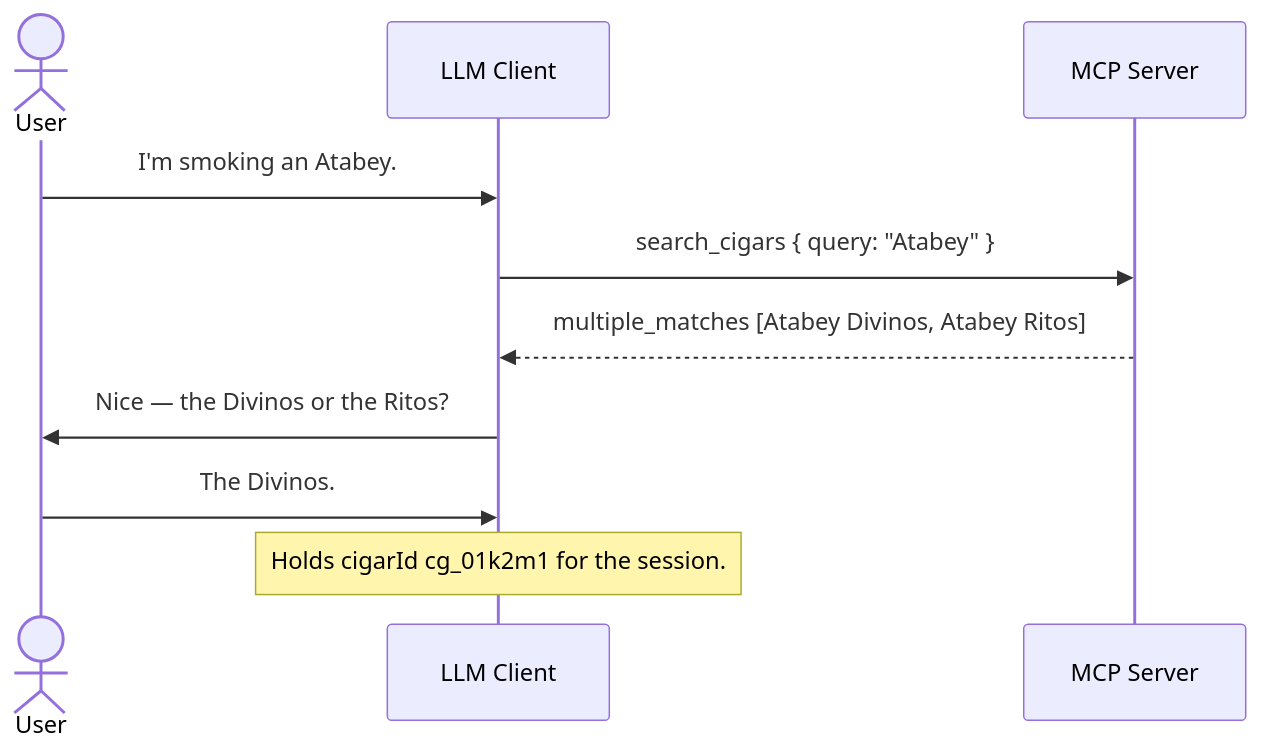
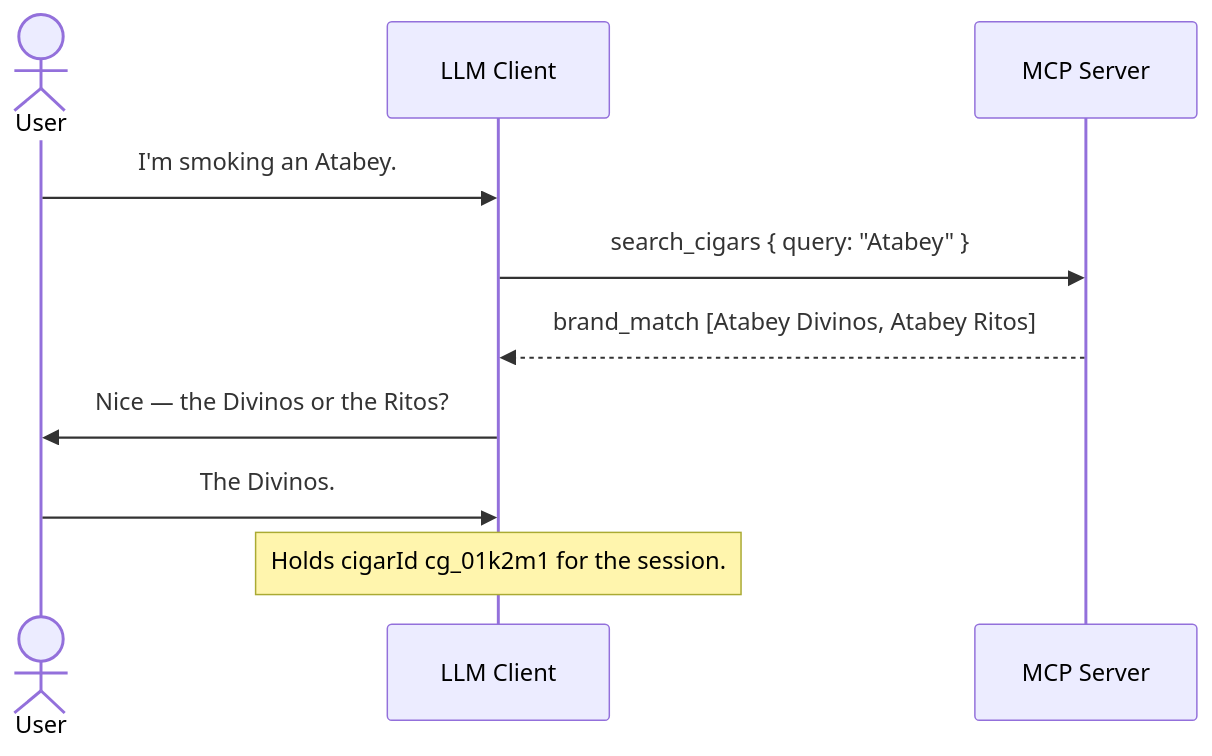
Before and after one commit to thaynes43/cigar-journal: the diagram in docs/flows/002-cigar-resolution.md, drawn with Mermaid. The commit also changed other lines of this file and 6 other files, not shown here.

First line of the commit message:
docs(mcp): self-document schema fields, guidance, and server instructions

````diff
--- a/docs/flows/002-cigar-resolution.md
+++ b/docs/flows/002-cigar-resolution.md
@@ -21,12 +25,12 @@
 ```mermaid
 sequenceDiagram
     actor U as User
     participant C as LLM Client
     participant M as MCP Server
     U->>C: I'm smoking an Atabey.
     C->>M: search_cigars { query: "Atabey" }
-    M-->>C: multiple_matches [Atabey Divinos, Atabey Ritos]
+    M-->>C: brand_match [Atabey Divinos, Atabey Ritos]
     C->>U: Nice — the Divinos or the Ritos?
     U->>C: The Divinos.
     Note over C: Holds cigarId cg_01k2m1 for the session.
 ```
````
